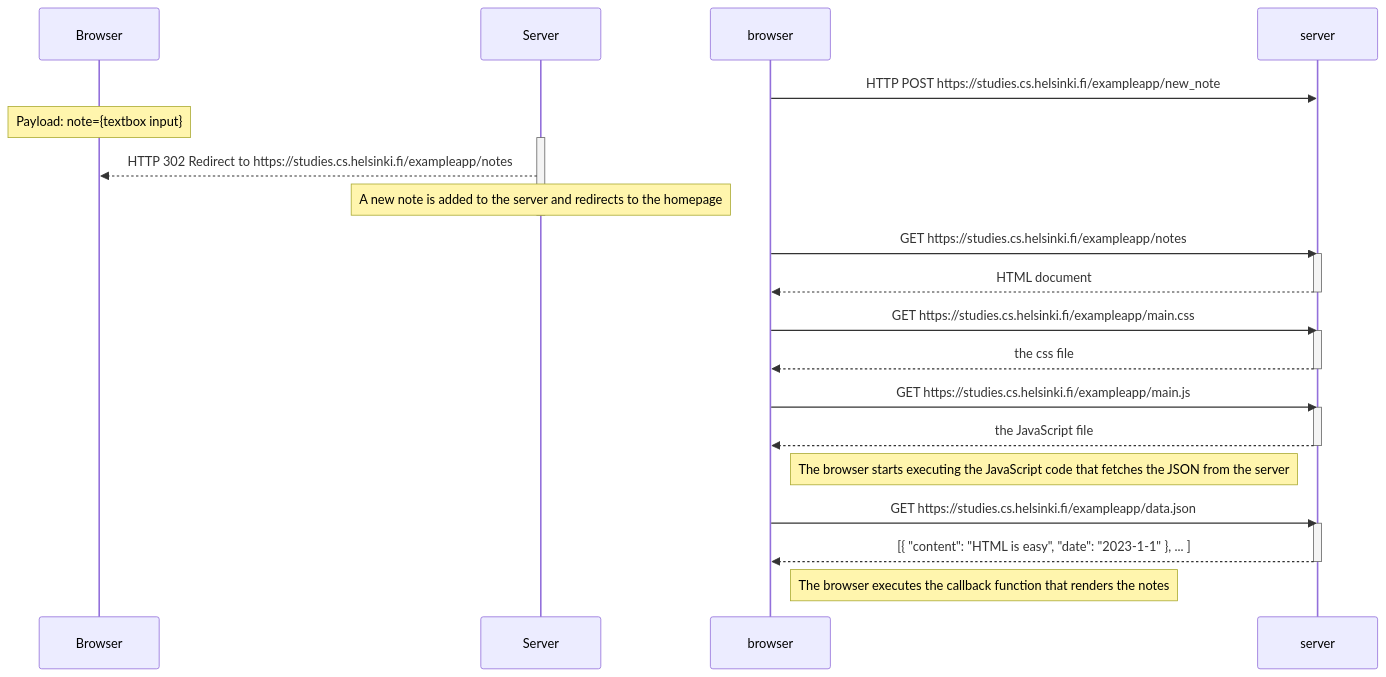
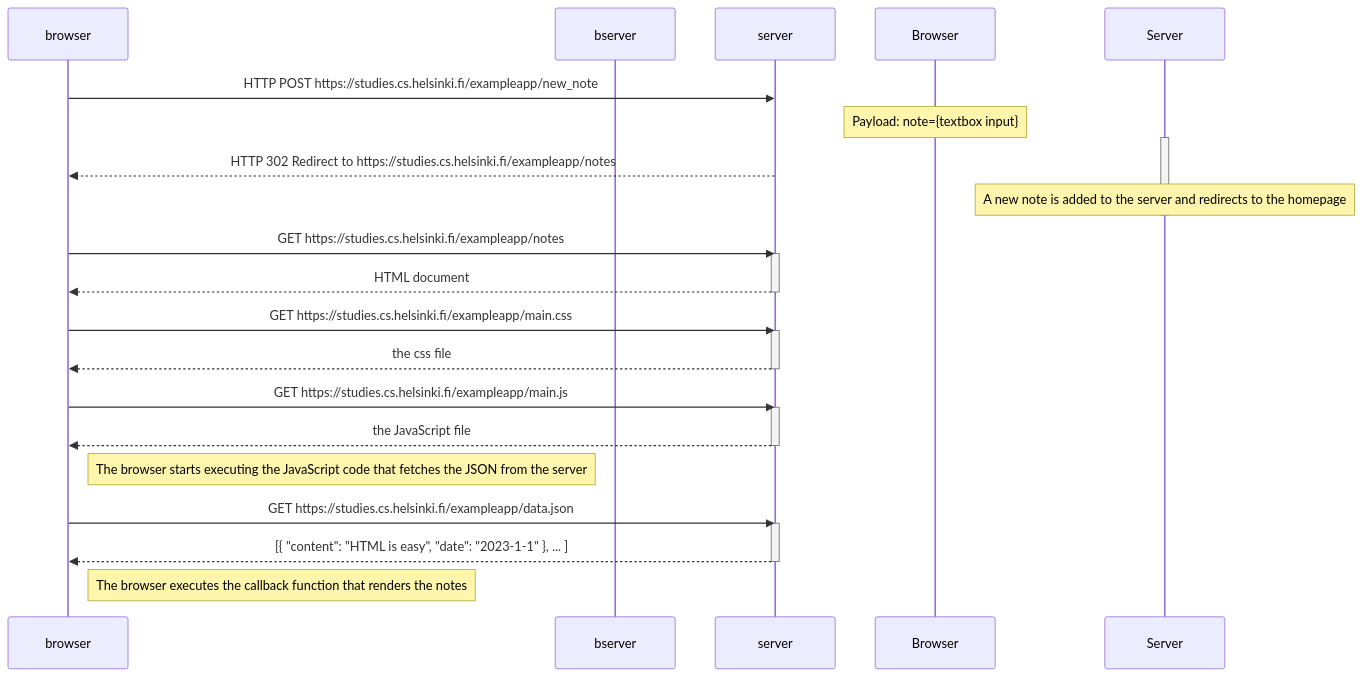
Before and after one commit to mdsahilak/FullStackOpen-Course: the diagram in excercises/part0/ex0.4.md, drawn with Mermaid.

Commit message:
typo fixes

````diff
--- a/excercises/part0/ex0.4.md
+++ b/excercises/part0/ex0.4.md
@@ -1,36 +1,36 @@
 ```mermaid
 sequenceDiagram
-    participant Browser
-    participant Server
+    participant browser
+    participant bserver
 
     browser->>server: HTTP POST https://studies.cs.helsinki.fi/exampleapp/new_note
     Note over Browser: Payload: note={textbox input}
     activate Server
-    Server-->>Browser: HTTP 302 Redirect to https://studies.cs.helsinki.fi/exampleapp/notes
+    server-->>browser: HTTP 302 Redirect to https://studies.cs.helsinki.fi/exampleapp/notes
     Note over Server: A new note is added to the server and redirects to the homepage
     deactivate Server
 
     browser->>server: GET https://studies.cs.helsinki.fi/exampleapp/notes
     activate server
     server-->>browser: HTML document
     deactivate server
 
     browser->>server: GET https://studies.cs.helsinki.fi/exampleapp/main.css
     activate server
     server-->>browser: the css file
     deactivate server
 
     browser->>server: GET https://studies.cs.helsinki.fi/exampleapp/main.js
     activate server
     server-->>browser: the JavaScript file
     deactivate server
 
     Note right of browser: The browser starts executing the JavaScript code that fetches the JSON from the server
 
     browser->>server: GET https://studies.cs.helsinki.fi/exampleapp/data.json
     activate server
     server-->>browser: [{ "content": "HTML is easy", "date": "2023-1-1" }, ... ]
     deactivate server
 
     Note right of browser: The browser executes the callback function that renders the notes
 ```
````
